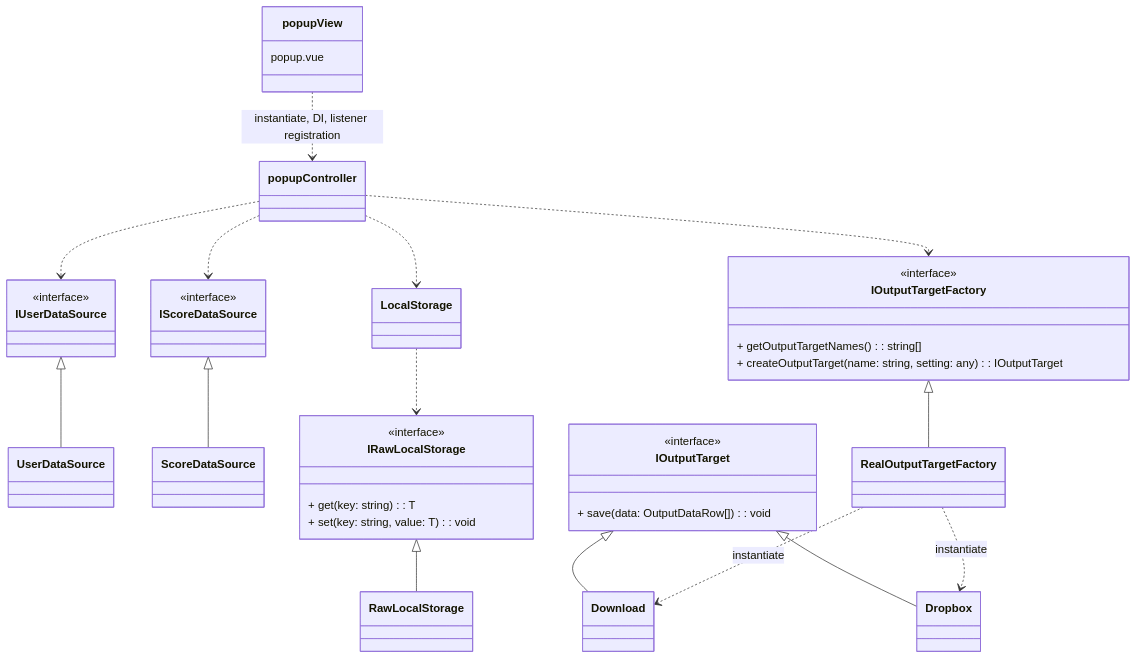
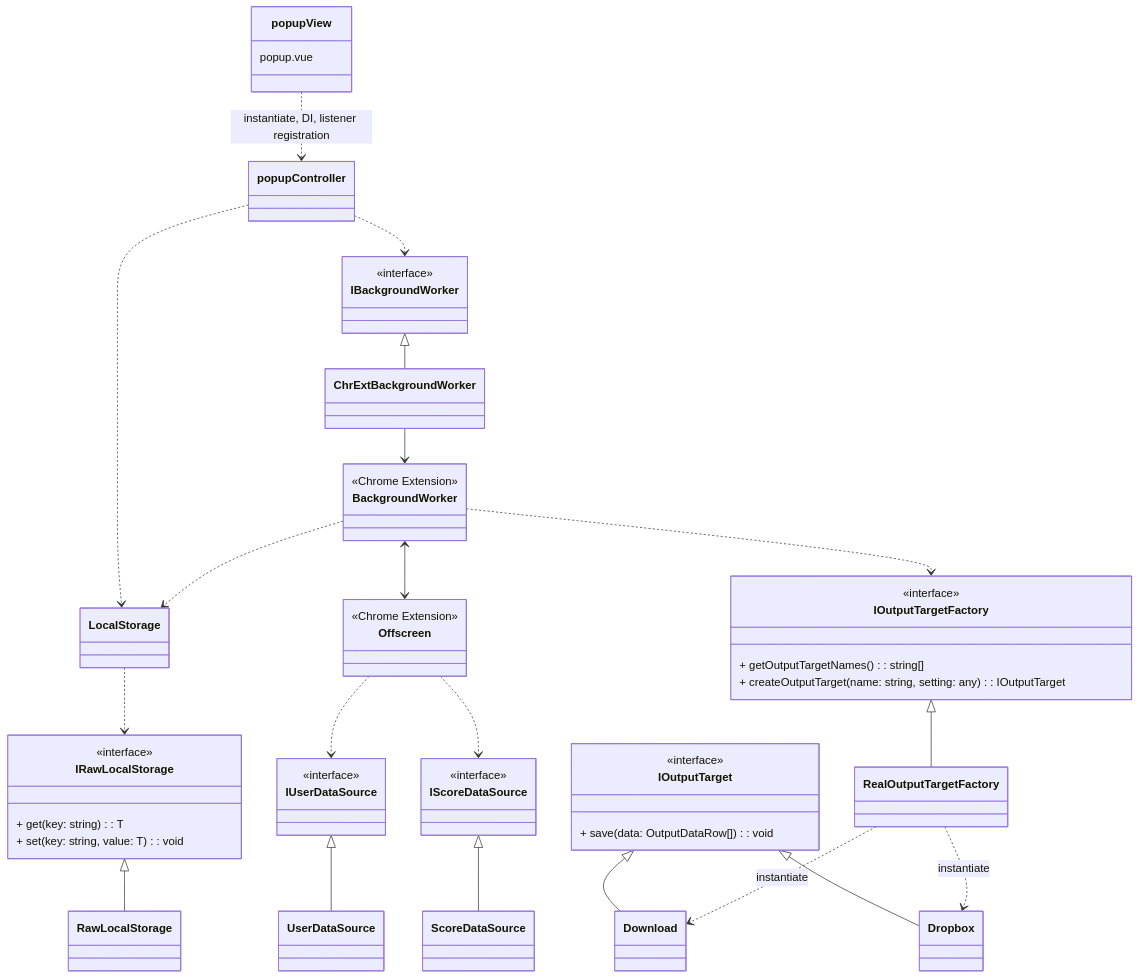
Before and after one commit to ano333333/ongeki-score-fetch: the first of 2 diagrams in refactors/1.md, drawn with Mermaid. The commit also changed other lines of this file, not shown here.

Commit message:
feat: BackgroundWorker/Offscreenに関する仕様を案に追加

````diff
--- a/refactors/1.md
+++ b/refactors/1.md
@@ -12,64 +12,79 @@
 ```mermaid
 classDiagram
     class IUserDataSource {
         <<interface>>
     }
     class UserDataSource {
     }
     IUserDataSource <|-- UserDataSource
     
     class IScoreDataSource {
         <<interface>>
     }
     class ScoreDataSource {
     }
     IScoreDataSource <|-- ScoreDataSource
 
     class IRawLocalStorage {
         <<interface>>
         + get<T>(key: string): T
         + set<T>(key: string, value: T): void
     }
     class RawLocalStorage {
     }
     IRawLocalStorage <|-- RawLocalStorage
 
     class LocalStorage {
     }
     LocalStorage ..> IRawLocalStorage
 
     class IOutputTarget {
         <<interface>>
         + save(data: OutputDataRow[]): void
     }
     class IOutputTargetFactory {
         <<interface>>
         + getOutputTargetNames(): string[]
         + createOutputTarget(name: string, setting: any): IOutputTarget
     }
     class Download {
     }
     class Dropbox {
     }
     class RealOutputTargetFactory {
     }
     IOutputTarget <|-- Download
     IOutputTarget <|-- Dropbox
     IOutputTargetFactory <|-- RealOutputTargetFactory
 
     class popupController {
     }
     class popupView {
         popup.vue
     }
 
     RealOutputTargetFactory ..> Download : instantiate
     RealOutputTargetFactory ..> Dropbox : instantiate
-    popupController ..> IUserDataSource
-    popupController ..> IScoreDataSource
     popupController ..> LocalStorage
-    popupController ..> IOutputTargetFactory
+    popupController ..> IBackgroundWorker
     popupView ..> popupController : instantiate, DI, listener registration
 
-
+    class IBackgroundWorker {
+        <<interface>>
+    }
+    class ChrExtBackgroundWorker {
+    }
+    class BackgroundWorker {
+        <<Chrome Extension>>
+    }
+    class Offscreen {
+        <<Chrome Extension>>
+    }
+    IBackgroundWorker <|-- ChrExtBackgroundWorker
+    ChrExtBackgroundWorker --> BackgroundWorker
+    BackgroundWorker <--> Offscreen
+    BackgroundWorker ..> LocalStorage
+    BackgroundWorker ..> IOutputTargetFactory
+    Offscreen ..> IUserDataSource
+    Offscreen ..> IScoreDataSource
 ```
````
